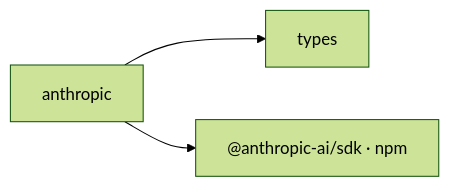
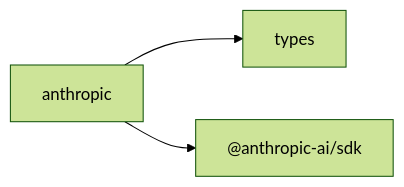
One commit to hellhellpnick/context-graph changed the diagram in .github/instructions/src/providers/anthropic.instructions.md. Above: the diagram before and after it, drawn with Mermaid (forest theme). The commit also changed other lines of this file and 222 other files, not shown here.

````diff
--- a/.github/instructions/src/providers/anthropic.instructions.md
+++ b/.github/instructions/src/providers/anthropic.instructions.md
@@ -15,6 +15,6 @@
 ```mermaid
 graph LR
   anthropic[anthropic]
   anthropic --> types[types]
-  anthropic --> _anthropic_ai_sdk["@anthropic-ai/sdk · npm"]
+  anthropic --> _anthropic_ai_sdk["@anthropic-ai/sdk"]
 ```
````
